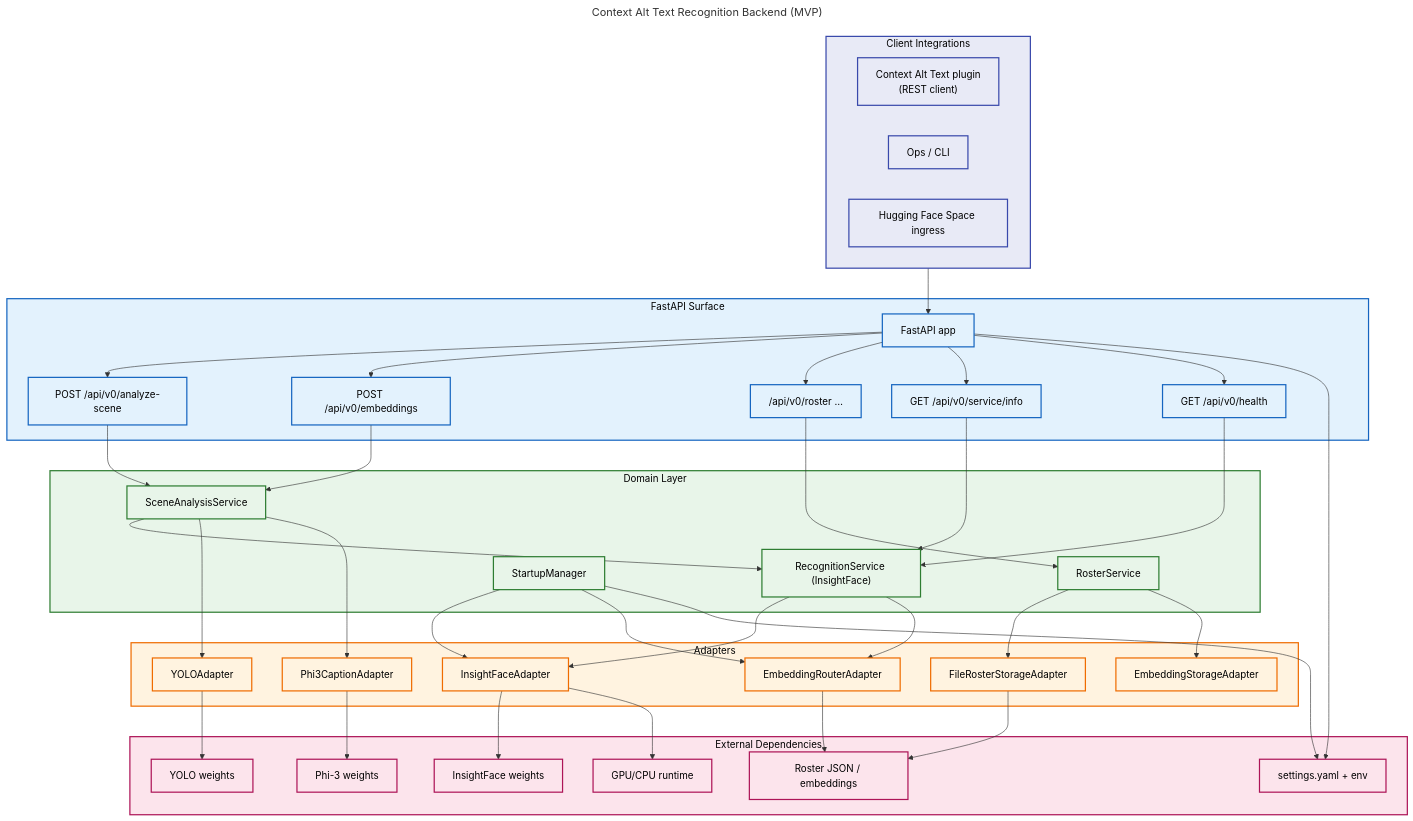
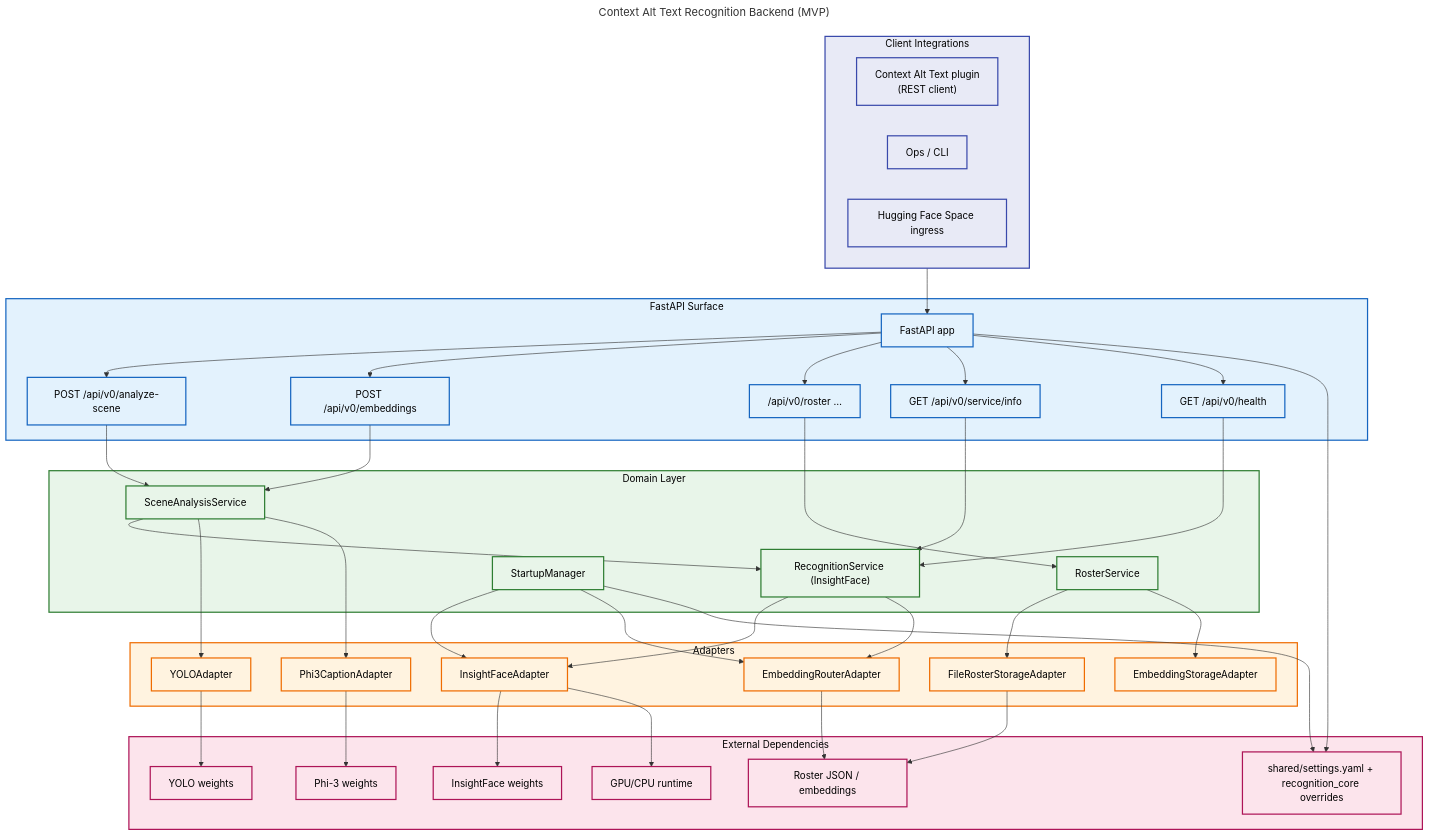
Before and after one commit to darce/context-alt-text-monorepo: the diagram in docs/architecture/backend-uml/unified_architecture.mermaid, drawn with Mermaid. The commit also changed 12 other files, not shown here.

Commit message:
Refresh recognition service documentation for new architecture

```diff
--- a/docs/architecture/backend-uml/unified_architecture.mermaid
+++ b/docs/architecture/backend-uml/unified_architecture.mermaid
@@ -1,96 +1,96 @@
 ---
 title: Context Alt Text Recognition Backend (MVP)
 ---
 flowchart TB
     %% Clients
     subgraph clients["Client Integrations"]
         wp_plugin["Context Alt Text plugin\n(REST client)"]
         ops_cli["Ops / CLI"]
         hugging_face["Hugging Face Space ingress"]
     end
 
     %% API Layer
     subgraph api["FastAPI Surface"]
         fastapi_app["FastAPI app"]
         analyze_scene_route["POST /api/v0/analyze-scene"]
         embeddings_route["POST /api/v0/embeddings"]
         roster_routes["/api/v0/roster …"]
         service_info_route["GET /api/v0/service/info"]
         health_route["GET /api/v0/health"]
     end
 
     %% Domain Services
     subgraph domain["Domain Layer"]
         scene_service["SceneAnalysisService"]
         recognition_service["RecognitionService (InsightFace)"]
         roster_service["RosterService"]
         startup_manager["StartupManager"]
     end
 
     %% Adapters
     subgraph adapters["Adapters"]
         yolo_adapter["YOLOAdapter"]
         caption_adapter["Phi3CaptionAdapter"]
         insightface_adapter["InsightFaceAdapter"]
         embedding_adapter["EmbeddingRouterAdapter"]
         roster_storage["FileRosterStorageAdapter"]
         embedding_storage["EmbeddingStorageAdapter"]
     end
 
     %% External Systems
     subgraph external["External Dependencies"]
-        settings_yaml["settings.yaml + env"]
+        settings_yaml["shared/settings.yaml + recognition_core overrides"]
         insightface_weights["InsightFace weights"]
         yolo_weights["YOLO weights"]
         phi3_weights["Phi-3 weights"]
         roster_files["Roster JSON / embeddings"]
         hardware["GPU/CPU runtime"]
     end
 
     clients --> fastapi_app
     fastapi_app --> analyze_scene_route
     fastapi_app --> embeddings_route
     fastapi_app --> roster_routes
     fastapi_app --> service_info_route
     fastapi_app --> health_route
 
     analyze_scene_route --> scene_service
     embeddings_route --> scene_service
     roster_routes --> roster_service
     service_info_route --> recognition_service
     health_route --> recognition_service
 
     scene_service --> recognition_service
     scene_service --> yolo_adapter
     scene_service --> caption_adapter
 
     recognition_service --> insightface_adapter
     recognition_service --> embedding_adapter
 
     roster_service --> roster_storage
     roster_service --> embedding_storage
 
     startup_manager --> insightface_adapter
     startup_manager --> embedding_adapter
 
     yolo_adapter --> yolo_weights
     caption_adapter --> phi3_weights
     insightface_adapter --> insightface_weights
     embedding_adapter --> roster_files
     roster_storage --> roster_files
 
     fastapi_app --> settings_yaml
     startup_manager --> settings_yaml
     insightface_adapter --> hardware
 
     classDef clientsClass fill:#e8eaf6,stroke:#3949ab,color:#000,stroke-width:2px
     classDef apiClass fill:#e3f2fd,stroke:#1565c0,color:#000,stroke-width:2px
     classDef domainClass fill:#e8f5e9,stroke:#2e7d32,color:#000,stroke-width:2px
     classDef adapterClass fill:#fff3e0,stroke:#ef6c00,color:#000,stroke-width:2px
     classDef externalClass fill:#fce4ec,stroke:#ad1457,color:#000,stroke-width:2px
 
     class clients,wp_plugin,ops_cli,hugging_face clientsClass
     class api,fastapi_app,analyze_scene_route,embeddings_route,roster_routes,service_info_route,health_route apiClass
     class domain,scene_service,recognition_service,roster_service,startup_manager domainClass
     class adapters,yolo_adapter,caption_adapter,insightface_adapter,embedding_adapter,roster_storage,embedding_storage adapterClass
     class external,settings_yaml,insightface_weights,yolo_weights,phi3_weights,roster_files,hardware externalClass
```
